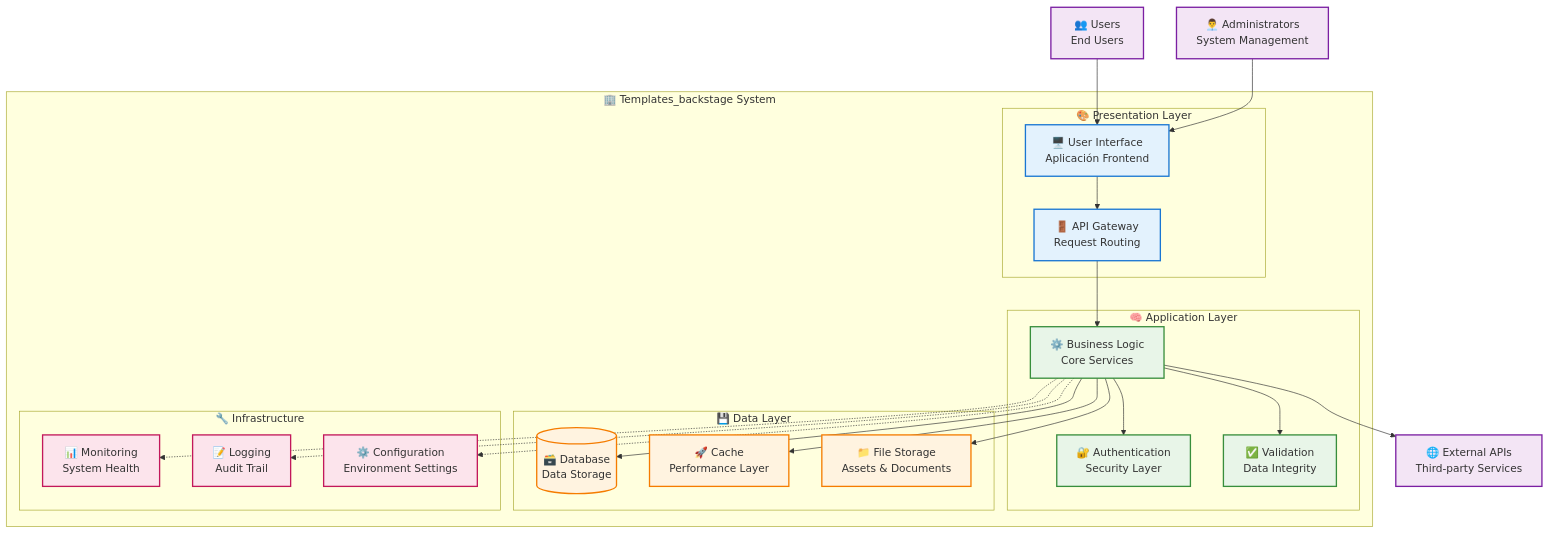
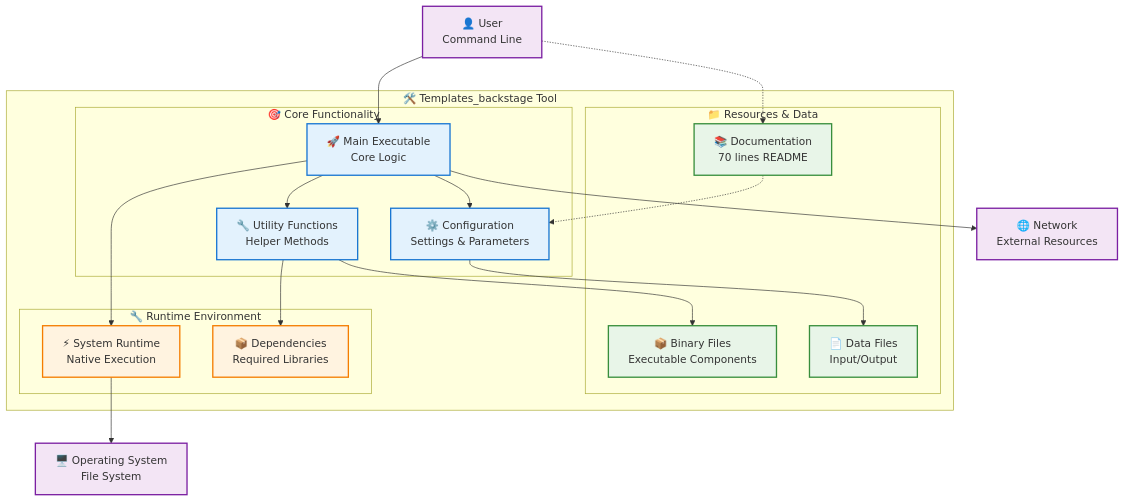
Before and after one commit to giovanemere/templates_backstage: the diagram in docs/architecture.md, drawn with Mermaid. The commit also changed other lines of this file, not shown here.

Commit message:
📚 Auto-update TechDocs configuration

````diff
--- a/docs/architecture.md
+++ b/docs/architecture.md
@@ -10,62 +15,52 @@
 ```mermaid
 graph TB
-    subgraph "🏢 Templates_backstage System"
-        subgraph "🎨 Presentation Layer"
-            UI[🖥️ User Interface<br/>Aplicación Frontend]
-            API_Gateway[🚪 API Gateway<br/>Request Routing]
+    subgraph "🛠️ Templates_backstage Tool"
+        subgraph "🎯 Core Functionality"
+            Main[🚀 Main Executable<br/>Core Logic]
+            Utils[🔧 Utility Functions<br/>Helper Methods]
+            Config[⚙️ Configuration<br/>Settings & Parameters]
         end
         
-        subgraph "🧠 Application Layer"
-            Business[⚙️ Business Logic<br/>Core Services]
-            Auth[🔐 Authentication<br/>Security Layer]
-            Validation[✅ Validation<br/>Data Integrity]
+        subgraph "📁 Resources & Data"
+            Binaries[📦 Binary Files<br/>Executable Components]
+            Data[📄 Data Files<br/>Input/Output]
+            Docs[📚 Documentation<br/>70 lines README]
         end
         
-        subgraph "💾 Data Layer"
-            Database[(🗃️ Database<br/>Data Storage)]
-            Cache[🚀 Cache<br/>Performance Layer]
-            Files[📁 File Storage<br/>Assets & Documents]
-        end
-        
-        subgraph "🔧 Infrastructure"
-            Monitor[📊 Monitoring<br/>System Health]
-            Logs[📝 Logging<br/>Audit Trail]
-            Config[⚙️ Configuration<br/>Environment Settings]
+        subgraph "🔧 Runtime Environment"
+            Runtime[⚡ System Runtime<br/>Native Execution]
+            Deps[📦 Dependencies<br/>Required Libraries]
         end
     end
     
-    %% External Systems
-    Users[👥 Users<br/>End Users]
-    External[🌐 External APIs<br/>Third-party Services]
-    Admin[👨‍💼 Administrators<br/>System Management]
+    %% External Interactions
+    User[👤 User<br/>Command Line]
+    System[🖥️ Operating System<br/>File System]
+    Network[🌐 Network<br/>External Resources]
     
     %% Connections
-    Users --> UI
-    Admin --> UI
-    UI --> API_Gateway
-    API_Gateway --> Business
-    Business --> Auth
-    Business --> Validation
-    Business --> Database
-    Business --> Cache
-    Business --> Files
-    Business --> External
+    User --> Main
+    Main --> Utils
+    Main --> Config
+    Utils --> Binaries
+    Config --> Data
+    Main --> Runtime
+    Runtime --> System
+    Main --> Network
+    Utils --> Deps
     
-    %% Infrastructure connections
-    Business -.-> Monitor
-    Business -.-> Logs
-    Business -.-> Config
+    %% Documentation flow
+    User -.-> Docs
+    Docs -.-> Config
     
     %% Styling
-    classDef presentation fill:#e3f2fd,stroke:#1976d2,stroke-width:2px
-    classDef application fill:#e8f5e8,stroke:#388e3c,stroke-width:2px
-    classDef data fill:#fff3e0,stroke:#f57c00,stroke-width:2px
-    classDef infrastructure fill:#fce4ec,stroke:#c2185b,stroke-width:2px
+    classDef core fill:#e3f2fd,stroke:#1976d2,stroke-width:2px
+    classDef resources fill:#e8f5e8,stroke:#388e3c,stroke-width:2px
+    classDef runtime fill:#fff3e0,stroke:#f57c00,stroke-width:2px
     classDef external fill:#f3e5f5,stroke:#7b1fa2,stroke-width:2px
     
-    class UI,API_Gateway presentation
-    class Business,Auth,Validation application
-    class Database,Cache,Files data
-    class Monitor,Logs,Config infrastructure
-    class Users,External,Admin external
+    class Main,Utils,Config core
+    class Binaries,Data,Docs resources
+    class Runtime,Deps runtime
+    class User,System,Network external
 ```
````
